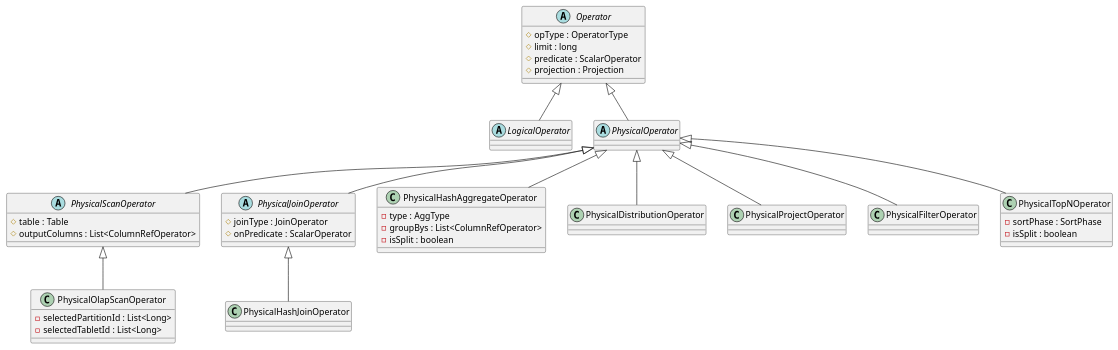
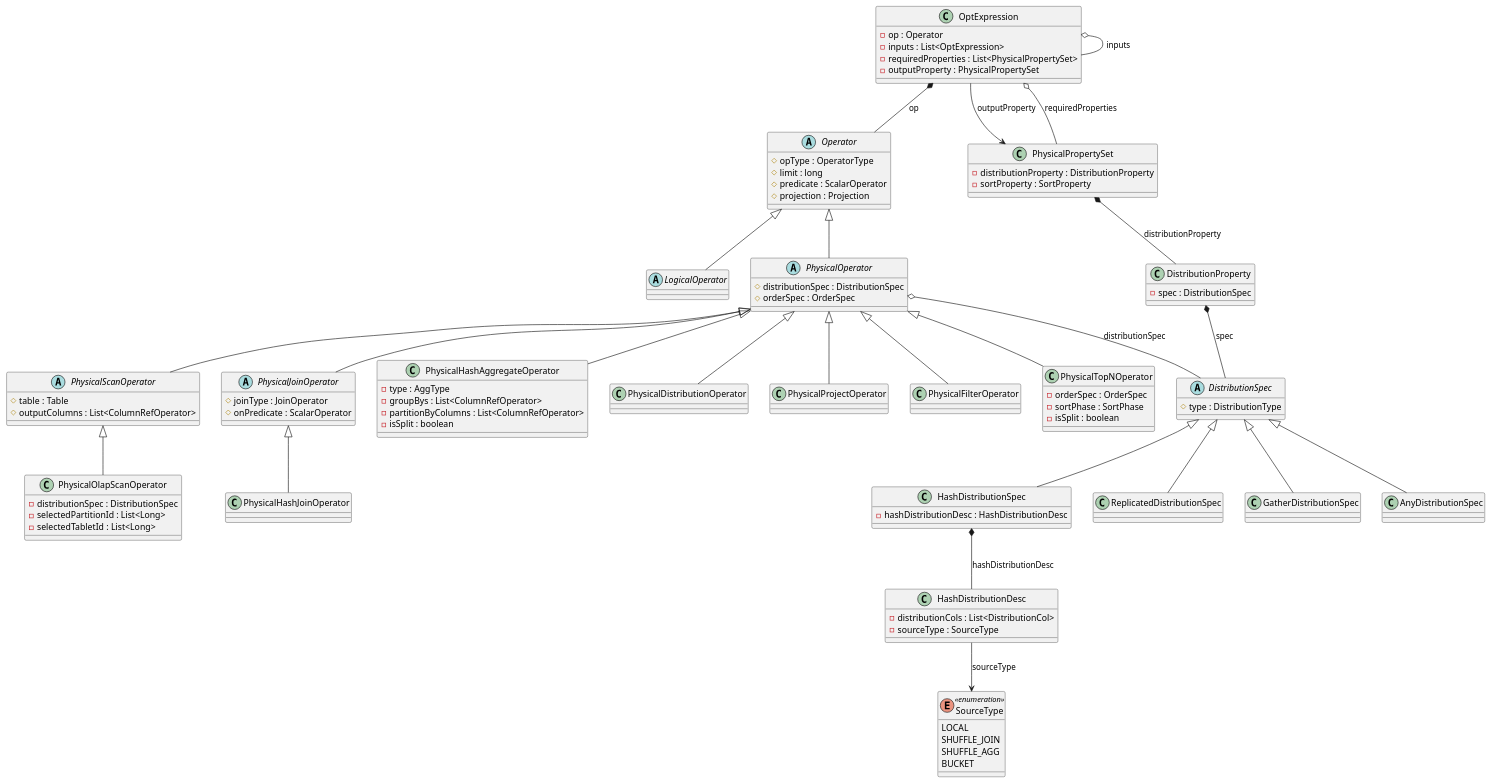
One commit to kevinwang930/kevinwang930.github.io changed the eighth of 14 diagrams in content/post/data/db/starrocks/architecture/index.md. Above: the diagram before and after it, drawn with PlantUML. The commit also changed other lines of this file and 2 other files, not shown here.

````diff
--- a/content/post/data/db/starrocks/architecture/index.md
+++ b/content/post/data/db/starrocks/architecture/index.md
@@ -1346,5 +1263,12 @@
 ```plantuml
 @startuml
+
+class OptExpression {
+  - op : Operator
+  - inputs : List<OptExpression>
+  - requiredProperties : List<PhysicalPropertySet>
+  - outputProperty : PhysicalPropertySet
+}
 
 abstract class Operator {
   # opType : OperatorType
@@ -1354,7 +1278,11 @@
 }
 
 abstract class LogicalOperator
-abstract class PhysicalOperator
+
+abstract class PhysicalOperator {
+  # distributionSpec : DistributionSpec
+  # orderSpec : OrderSpec
+}
 
 abstract class PhysicalScanOperator {
   # table : Table
@@ -1362,6 +1290,7 @@
 }
 
 class PhysicalOlapScanOperator {
+  - distributionSpec : DistributionSpec
   - selectedPartitionId : List<Long>
   - selectedTabletId : List<Long>
 }
@@ -1372,19 +1301,62 @@
 }
 
 class PhysicalHashJoinOperator
+
 class PhysicalHashAggregateOperator {
   - type : AggType
   - groupBys : List<ColumnRefOperator>
+  - partitionByColumns : List<ColumnRefOperator>
   - isSplit : boolean
 }
 
 class PhysicalDistributionOperator
+
 class PhysicalProjectOperator
 class PhysicalFilterOperator
+
 class PhysicalTopNOperator {
+  - orderSpec : OrderSpec
   - sortPhase : SortPhase
   - isSplit : boolean
 }
+
+class PhysicalPropertySet {
+  - distributionProperty : DistributionProperty
+  - sortProperty : SortProperty
+}
+
+class DistributionProperty {
+  - spec : DistributionSpec
+}
+
+abstract class DistributionSpec {
+  # type : DistributionType
+}
+
+class HashDistributionSpec {
+  - hashDistributionDesc : HashDistributionDesc
+}
+
+class ReplicatedDistributionSpec
+class GatherDistributionSpec
+class AnyDistributionSpec
+
+class HashDistributionDesc {
+  - distributionCols : List<DistributionCol>
+  - sourceType : SourceType
+}
+
+enum SourceType <<enumeration>> {
+  LOCAL
+  SHUFFLE_JOIN
+  SHUFFLE_AGG
+  BUCKET
+}
+
+OptExpression *-- Operator : op
+OptExpression o-- OptExpression : inputs
+OptExpression --> PhysicalPropertySet : outputProperty
+OptExpression o-- PhysicalPropertySet : requiredProperties
 
 Operator <|-- LogicalOperator
 Operator <|-- PhysicalOperator
@@ -1398,5 +1370,16 @@
 PhysicalScanOperator <|-- PhysicalOlapScanOperator
 PhysicalJoinOperator <|-- PhysicalHashJoinOperator
 
+PhysicalPropertySet *-- DistributionProperty : distributionProperty
+DistributionProperty *-- DistributionSpec : spec
+DistributionSpec <|-- HashDistributionSpec
+DistributionSpec <|-- ReplicatedDistributionSpec
+DistributionSpec <|-- GatherDistributionSpec
+DistributionSpec <|-- AnyDistributionSpec
+HashDistributionSpec *-- HashDistributionDesc : hashDistributionDesc
+HashDistributionDesc --> SourceType : sourceType
+
+PhysicalOperator o-- DistributionSpec : distributionSpec
+
 @enduml
 ```
````
